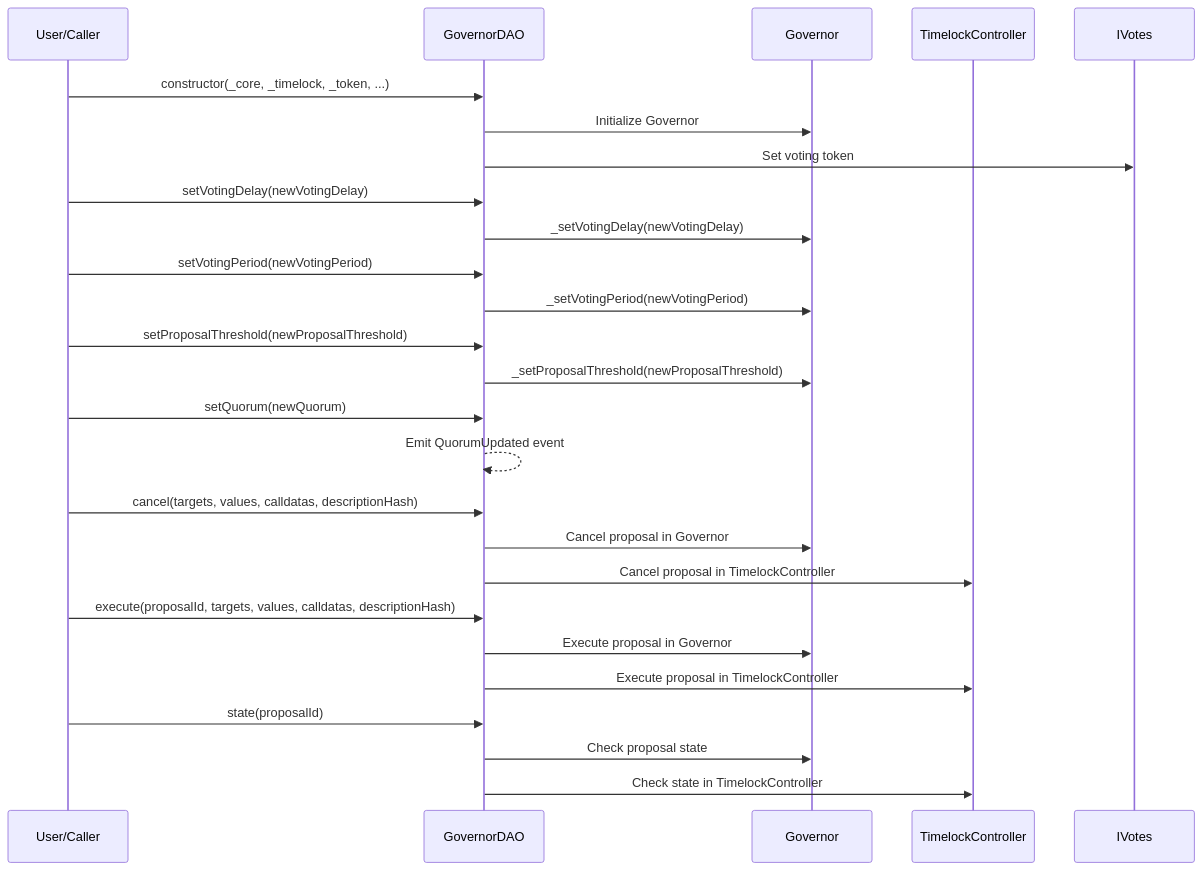
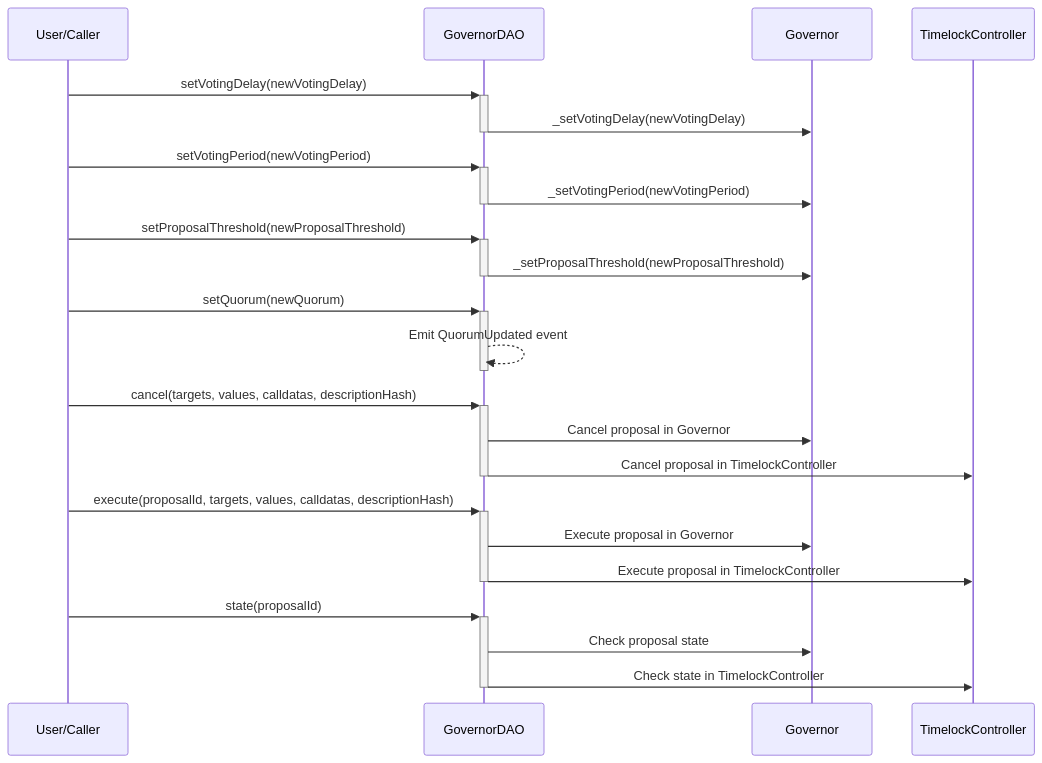
The second of 2 diagrams in doc/contracts/governance/GovernorDAO.md (ZTX-Foundation/tuxedo), drawn with Mermaid before and after one commit. The commit also changed 12 other files, not shown here.

Commit message:
feat: updated sequence diagrams

````diff
--- a/doc/contracts/governance/GovernorDAO.md
+++ b/doc/contracts/governance/GovernorDAO.md
@@ -26,36 +26,31 @@
 ```mermaid
 sequenceDiagram
     participant User as User/Caller
     participant GovernorDAO
     participant Governor
     participant TimelockController
-    participant Votes as IVotes
 
-    User->>GovernorDAO: constructor(_core, _timelock, _token, ...)
-    GovernorDAO->>Governor: Initialize Governor
-    GovernorDAO->>Votes: Set voting token
-    
-    User->>GovernorDAO: setVotingDelay(newVotingDelay)
-    GovernorDAO->>Governor: _setVotingDelay(newVotingDelay)
+    User->>+GovernorDAO: setVotingDelay(newVotingDelay)
+    GovernorDAO->>-Governor: _setVotingDelay(newVotingDelay)
 
-    User->>GovernorDAO: setVotingPeriod(newVotingPeriod)
-    GovernorDAO->>Governor: _setVotingPeriod(newVotingPeriod)
+    User->>+GovernorDAO: setVotingPeriod(newVotingPeriod)
+    GovernorDAO->>-Governor: _setVotingPeriod(newVotingPeriod)
 
-    User->>GovernorDAO: setProposalThreshold(newProposalThreshold)
-    GovernorDAO->>Governor: _setProposalThreshold(newProposalThreshold)
+    User->>+GovernorDAO: setProposalThreshold(newProposalThreshold)
+    GovernorDAO->>-Governor: _setProposalThreshold(newProposalThreshold)
 
-    User->>GovernorDAO: setQuorum(newQuorum)
-    GovernorDAO-->>GovernorDAO: Emit QuorumUpdated event
+    User->>+GovernorDAO: setQuorum(newQuorum)
+    GovernorDAO-->>-GovernorDAO: Emit QuorumUpdated event
 
-    User->>GovernorDAO: cancel(targets, values, calldatas, descriptionHash)
+    User->>+GovernorDAO: cancel(targets, values, calldatas, descriptionHash)
     GovernorDAO->>Governor: Cancel proposal in Governor
-    GovernorDAO->>TimelockController: Cancel proposal in TimelockController
+    GovernorDAO->>-TimelockController: Cancel proposal in TimelockController
 
-    User->>GovernorDAO: execute(proposalId, targets, values, calldatas, descriptionHash)
+    User->>+GovernorDAO: execute(proposalId, targets, values, calldatas, descriptionHash)
     GovernorDAO->>Governor: Execute proposal in Governor
-    GovernorDAO->>TimelockController: Execute proposal in TimelockController
+    GovernorDAO->>-TimelockController: Execute proposal in TimelockController
 
-    User->>GovernorDAO: state(proposalId)
+    User->>+GovernorDAO: state(proposalId)
     GovernorDAO->>Governor: Check proposal state
-    GovernorDAO->>TimelockController: Check state in TimelockController
+    GovernorDAO->>-TimelockController: Check state in TimelockController
 ```
````
